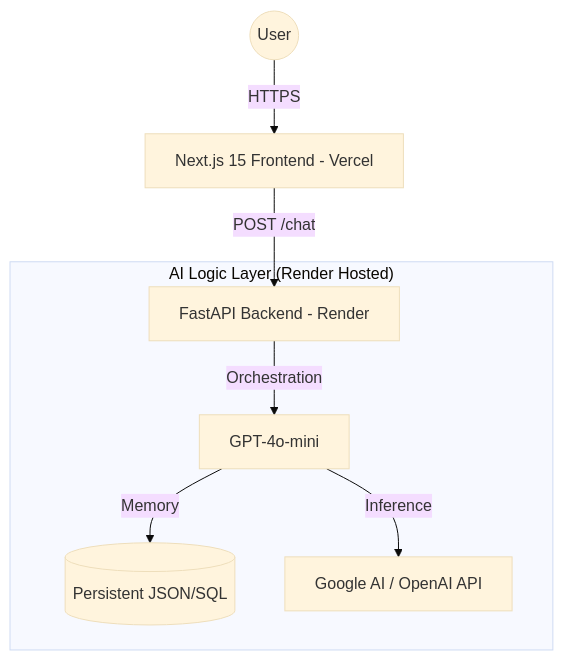
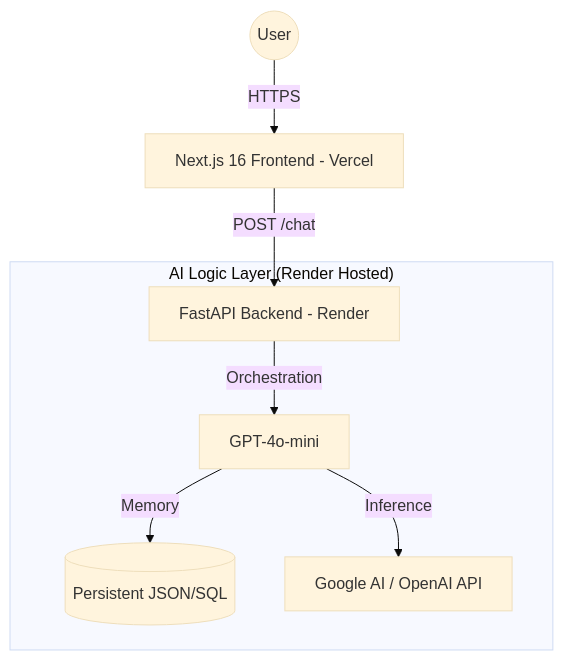
Before and after one commit to Samrude1/Portfolio: the diagram in README.md, drawn with Mermaid (base theme). The commit also changed other lines of this file and 3 other files, not shown here.

````diff
--- a/README.md
+++ b/README.md
@@ -26,11 +26,11 @@
 ```mermaid
 graph TD
-    User((User)) -->|HTTPS| Frontend[Next.js 15 Frontend - Vercel]
+    User((User)) -->|HTTPS| Frontend[Next.js 16 Frontend - Vercel]
     Frontend -->|POST /chat| BackendAPI[FastAPI Backend - Render]
     
     subgraph "AI Logic Layer (Render Hosted)"
         BackendAPI -->|Orchestration| Agent[GPT-4o-mini]
         Agent -->|Memory| Memory[(Persistent JSON/SQL)]
         Agent -->|Inference| AI[Google AI / OpenAI API]
     end
 ```
````
